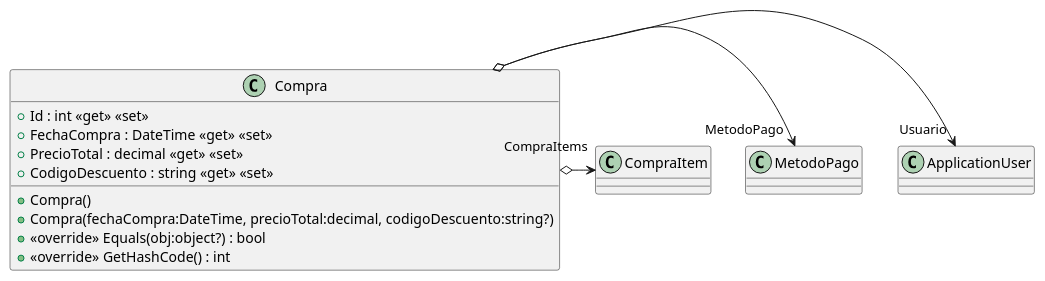
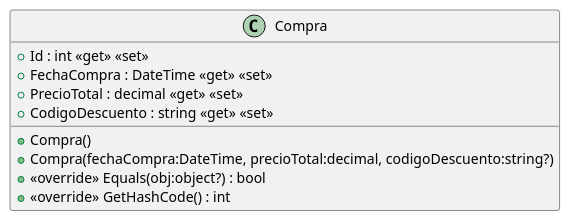
Before and after one commit to ISII2627NPA/ISII2627NPA: the diagram in src/AppForSEII.API/ClassDiagram/Compra.puml, drawn with PlantUML. The commit also changed 11 other files, not shown here.

First line of the commit message:
101 arreglar diagramas para el caso de uso comprar libros (#102)

```diff
--- a/src/AppForSEII.API/ClassDiagram/Compra.puml
+++ b/src/AppForSEII.API/ClassDiagram/Compra.puml
@@ -1,16 +1,14 @@
 @startuml
 class Compra {
     + Compra()
     + Compra(fechaCompra:DateTime, precioTotal:decimal, codigoDescuento:string?)
     + Id : int <<get>> <<set>>
     + FechaCompra : DateTime <<get>> <<set>>
     + PrecioTotal : decimal <<get>> <<set>>
     + CodigoDescuento : string <<get>> <<set>>
     + <<override>> Equals(obj:object?) : bool
     + <<override>> GetHashCode() : int
 }
 
-Compra o-> "Usuario" ApplicationUser
-Compra o-> "MetodoPago" MetodoPago
-Compra o-> "CompraItems" CompraItem
+
 @enduml
```
